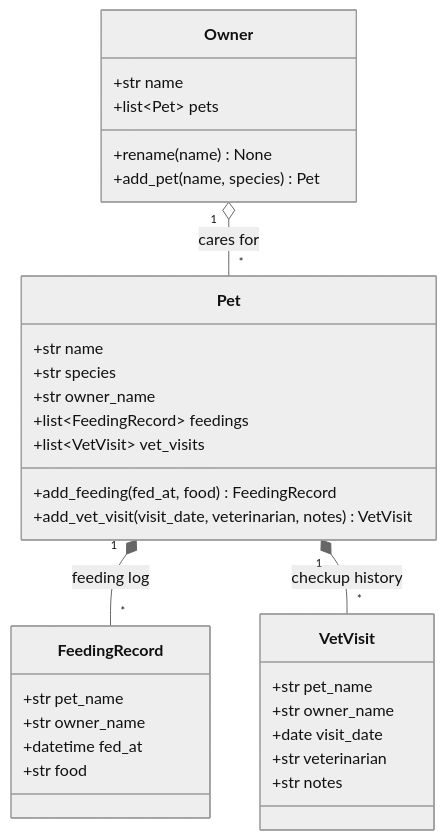
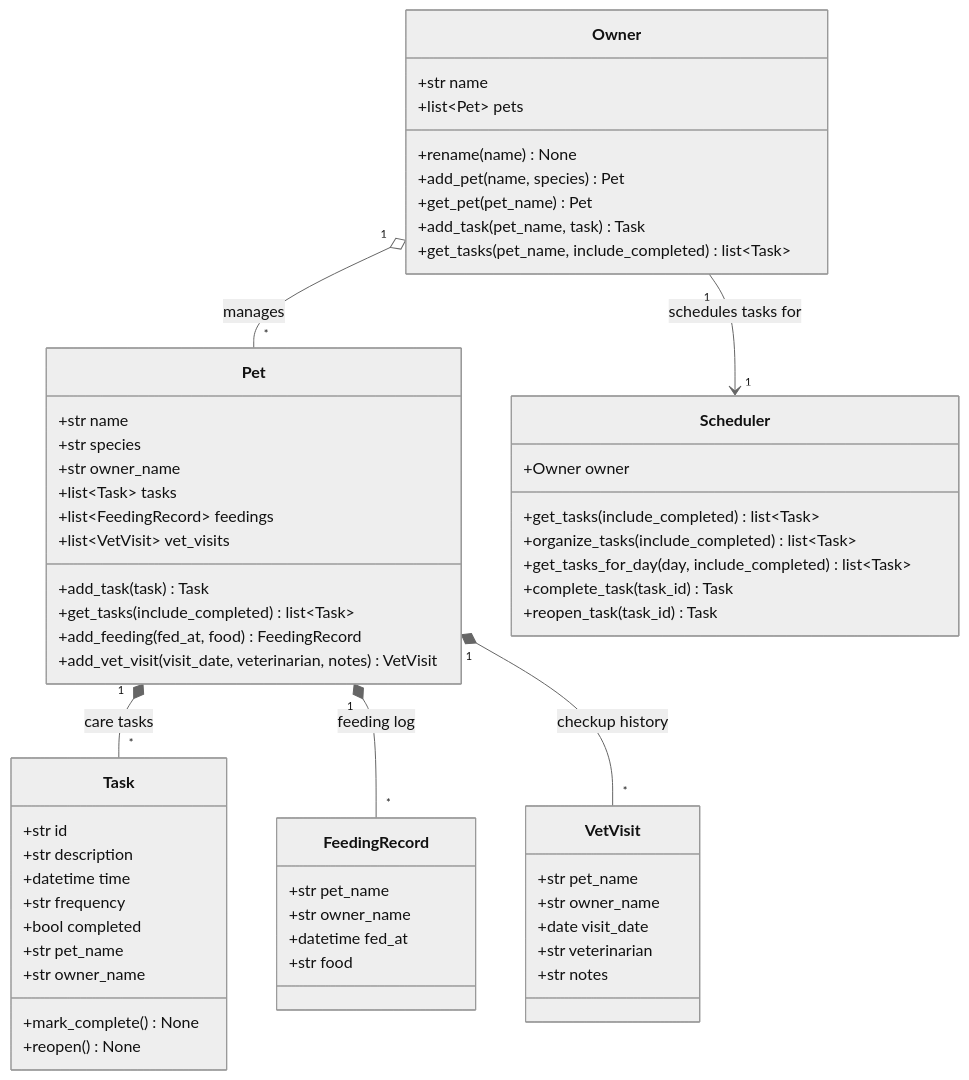
Before and after one commit to jrecio01192/ai110-module2show-pawpal-starter: the diagram in diagrams/uml.mmd, drawn with Mermaid (neutral theme). The commit also changed 7 other files, not shown here.

First line of the commit message:
Build pet care tracking and scheduling core

```diff
--- a/diagrams/uml.mmd
+++ b/diagrams/uml.mmd
@@ -1,36 +1,65 @@
 classDiagram
-    class Owner {
-        +str name
-        +list~Pet~ pets
-        +rename(name) None
-        +add_pet(name, species) Pet
+    class Task {
+        +str id
+        +str description
+        +datetime time
+        +str frequency
+        +bool completed
+        +str pet_name
+        +str owner_name
+        +mark_complete() None
+        +reopen() None
     }
 
     class Pet {
         +str name
         +str species
         +str owner_name
+        +list~Task~ tasks
         +list~FeedingRecord~ feedings
         +list~VetVisit~ vet_visits
+        +add_task(task) Task
+        +get_tasks(include_completed) list~Task~
         +add_feeding(fed_at, food) FeedingRecord
         +add_vet_visit(visit_date, veterinarian, notes) VetVisit
+    }
+
+    class Owner {
+        +str name
+        +list~Pet~ pets
+        +rename(name) None
+        +add_pet(name, species) Pet
+        +get_pet(pet_name) Pet
+        +add_task(pet_name, task) Task
+        +get_tasks(pet_name, include_completed) list~Task~
+    }
+
+    class Scheduler {
+        +Owner owner
+        +get_tasks(include_completed) list~Task~
+        +organize_tasks(include_completed) list~Task~
+        +get_tasks_for_day(day, include_completed) list~Task~
+        +complete_task(task_id) Task
+        +reopen_task(task_id) Task
     }
 
     class FeedingRecord {
         +str pet_name
         +str owner_name
         +datetime fed_at
         +str food
     }
 
     class VetVisit {
         +str pet_name
         +str owner_name
         +date visit_date
         +str veterinarian
         +str notes
     }
 
-    Owner "1" o-- "*" Pet : cares for
+    Owner "1" o-- "*" Pet : manages
+    Owner "1" --> "1" Scheduler : schedules tasks for
+    Pet "1" *-- "*" Task : care tasks
     Pet "1" *-- "*" FeedingRecord : feeding log
     Pet "1" *-- "*" VetVisit : checkup history
```
